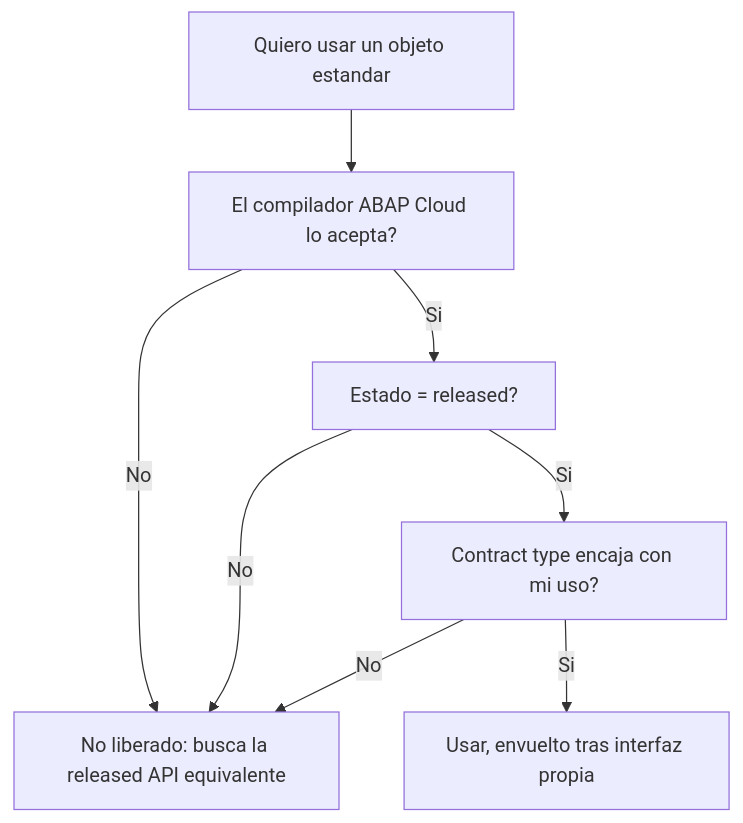
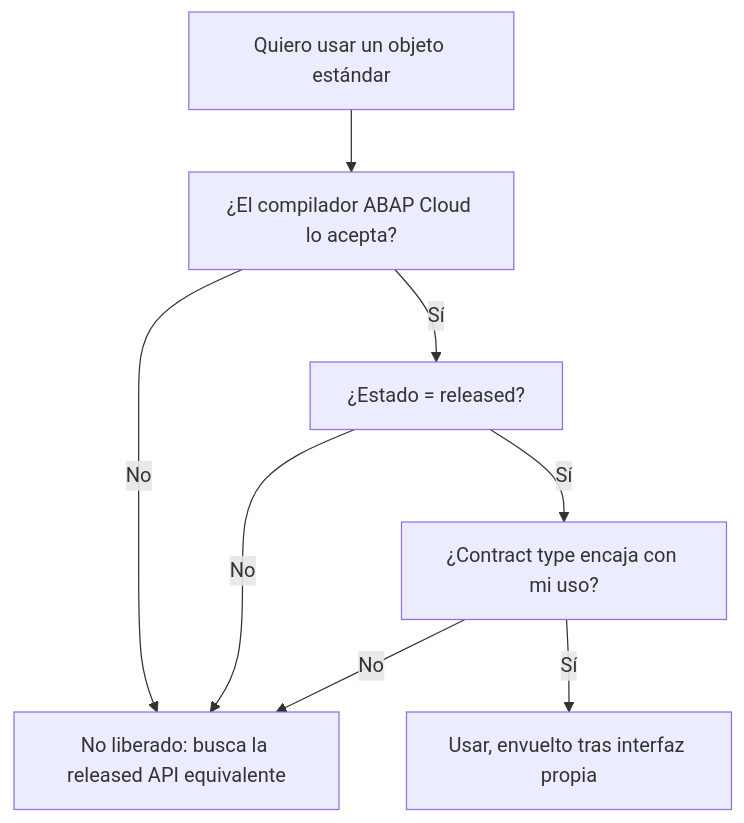
The diagram in es/abap-cloud-usage-list.mdx (logalitech/blog-content), drawn with Mermaid before and after one commit. The commit also changed other lines of this file and 49 other files, not shown here.

````diff
--- a/es/abap-cloud-usage-list.mdx
+++ b/es/abap-cloud-usage-list.mdx
@@ -33,10 +33,10 @@
 ```mermaid
 flowchart TD
- A["Quiero usar un objeto estandar"] --> B["El compilador ABAP Cloud lo acepta?"]
+ A["Quiero usar un objeto estándar"] --> B["¿El compilador ABAP Cloud lo acepta?"]
  B -->|No| X["No liberado: busca la released API equivalente"]
- B -->|Si| C["Estado = released?"]
+ B -->|Sí| C["¿Estado = released?"]
  C -->|No| X
- C -->|Si| D["Contract type encaja con mi uso?"]
+ C -->|Sí| D["¿Contract type encaja con mi uso?"]
  D -->|No| X
- D -->|Si| E["Usar, envuelto tras interfaz propia"]
+ D -->|Sí| E["Usar, envuelto tras interfaz propia"]
 ```
````
